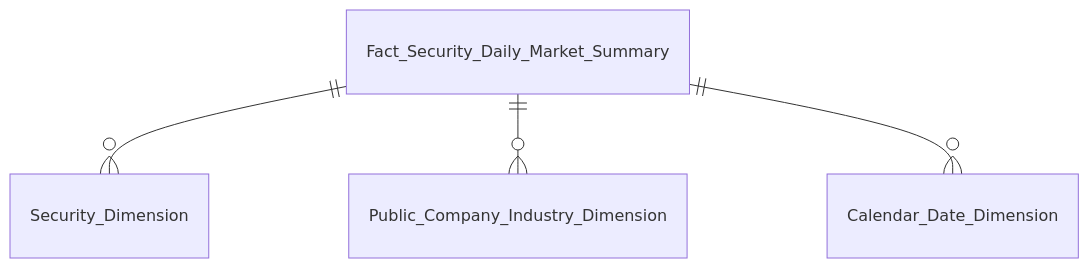
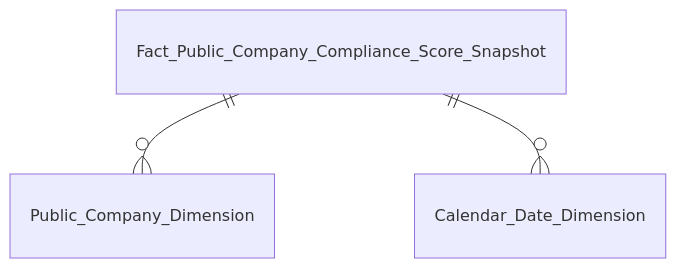
Before and after one commit to linhlvit/ubck_atomic_design: the ninth of 16 diagrams in Datamart/hld/DTM_GSDC_Entities.md, drawn with Mermaid. The commit also changed other lines of this file and 24 other files, not shown here.

````diff
--- a/Datamart/hld/DTM_GSDC_Entities.md
+++ b/Datamart/hld/DTM_GSDC_Entities.md
@@ -208,6 +147,5 @@
 ```mermaid
 erDiagram
-    Fact_Security_Daily_Market_Summary ||--o{ Security_Dimension : ""
-    Fact_Security_Daily_Market_Summary ||--o{ Public_Company_Industry_Dimension : ""
-    Fact_Security_Daily_Market_Summary ||--o{ Calendar_Date_Dimension : ""
+    Fact_Public_Company_Compliance_Score_Snapshot ||--o{ Public_Company_Dimension : ""
+    Fact_Public_Company_Compliance_Score_Snapshot ||--o{ Calendar_Date_Dimension : ""
 ```
````
